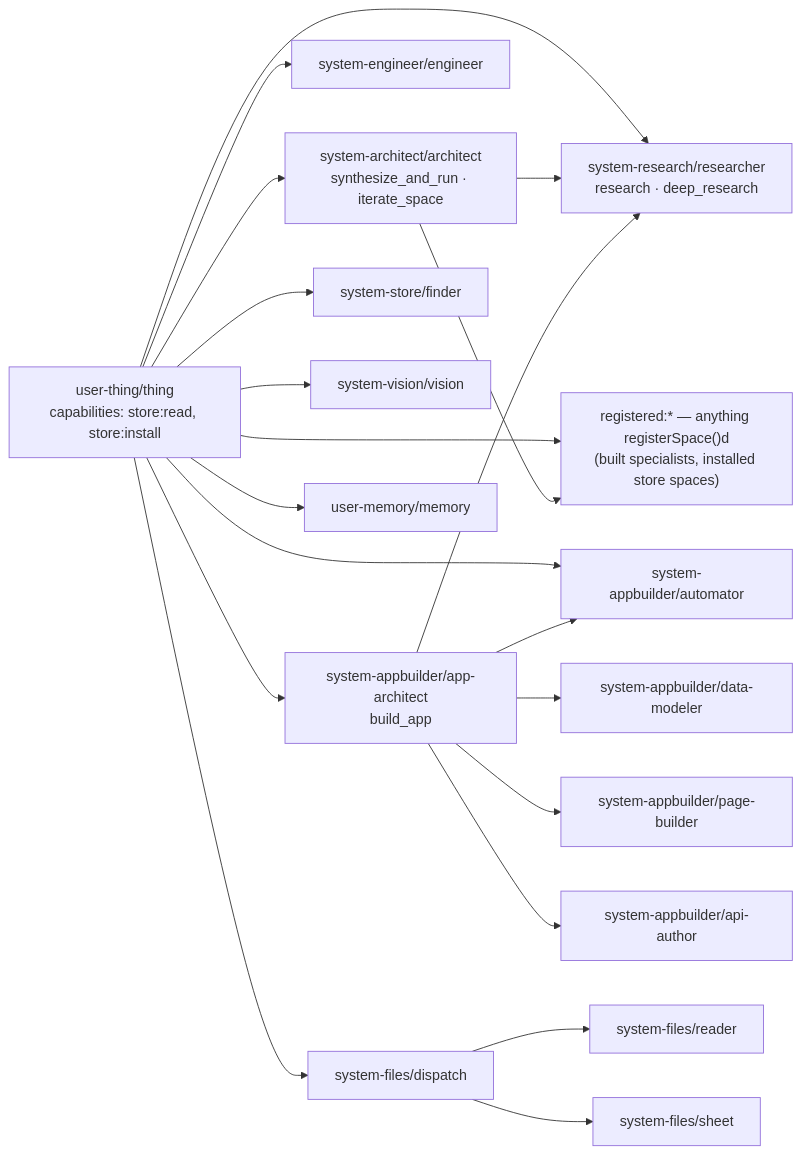
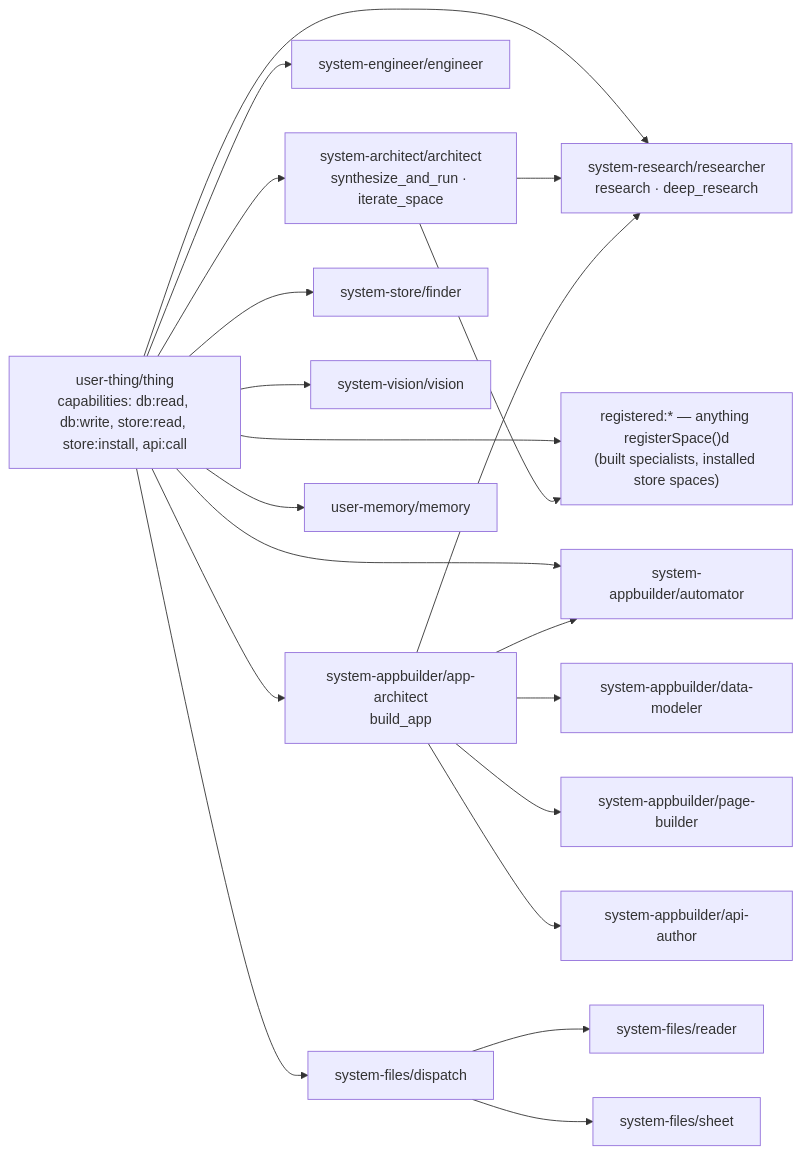
The diagram in org/docs/system-spaces/README.md (lmthing/lmthing), drawn with Mermaid before and after one commit. The commit also changed other lines of this file and 3 other files, not shown here.

First line of the commit message:
docs: three-store routing contract, writeKnowledge, per-task capabilities

````diff
--- a/org/docs/system-spaces/README.md
+++ b/org/docs/system-spaces/README.md
@@ -87,23 +87,23 @@
 ```mermaid
 flowchart LR
-  THING["user-thing/thing<br/>capabilities: store:read, store:install"]
+  THING["user-thing/thing<br/>capabilities: db:read, db:write, store:read, store:install, api:call"]
   THING --> R["system-research/researcher<br/>research · deep_research"]
   THING --> A["system-architect/architect<br/>synthesize_and_run · iterate_space"]
   THING --> E["system-engineer/engineer"]
   THING --> AA["system-appbuilder/app-architect<br/>build_app"]
   THING --> AU["system-appbuilder/automator"]
   THING --> F["system-store/finder"]
   THING --> V["system-vision/vision"]
   THING --> D["system-files/dispatch"]
   THING --> M["user-memory/memory"]
   THING --> REG["registered:* — anything registerSpace()d<br/>(built specialists, installed store spaces)"]
   D --> RD["system-files/reader"]
   D --> SH["system-files/sheet"]
   A --> R
   A --> REG
   AA --> AU
   AA --> DM["system-appbuilder/data-modeler"]
   AA --> PB["system-appbuilder/page-builder"]
   AA --> AP["system-appbuilder/api-author"]
   AA --> R
 ```
````
